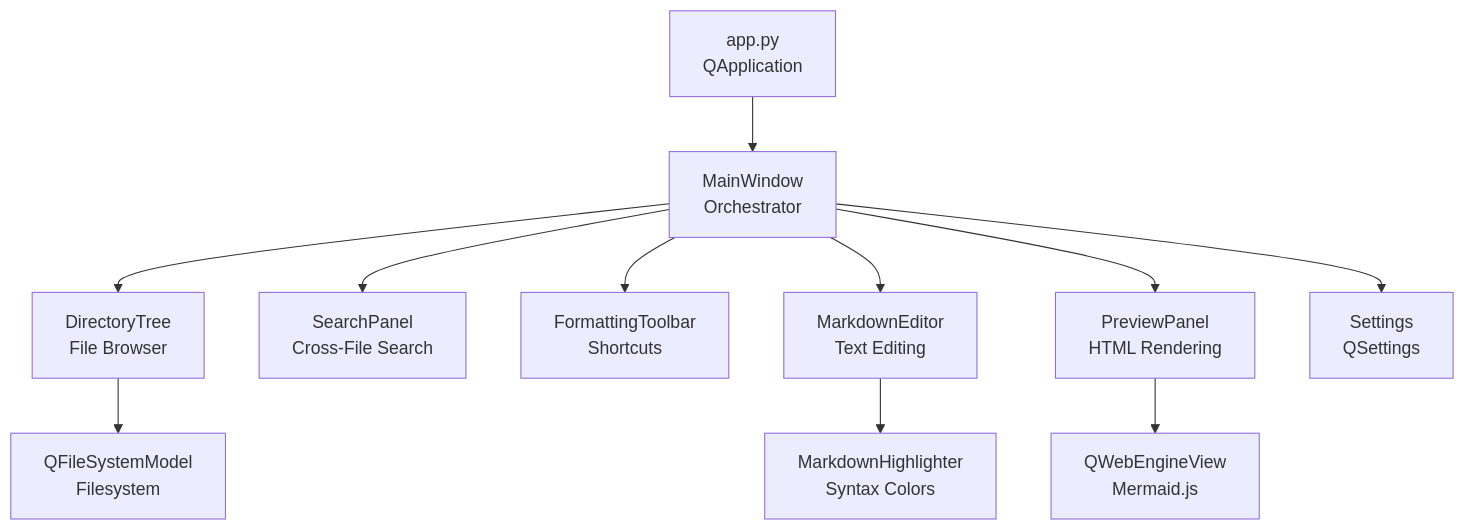
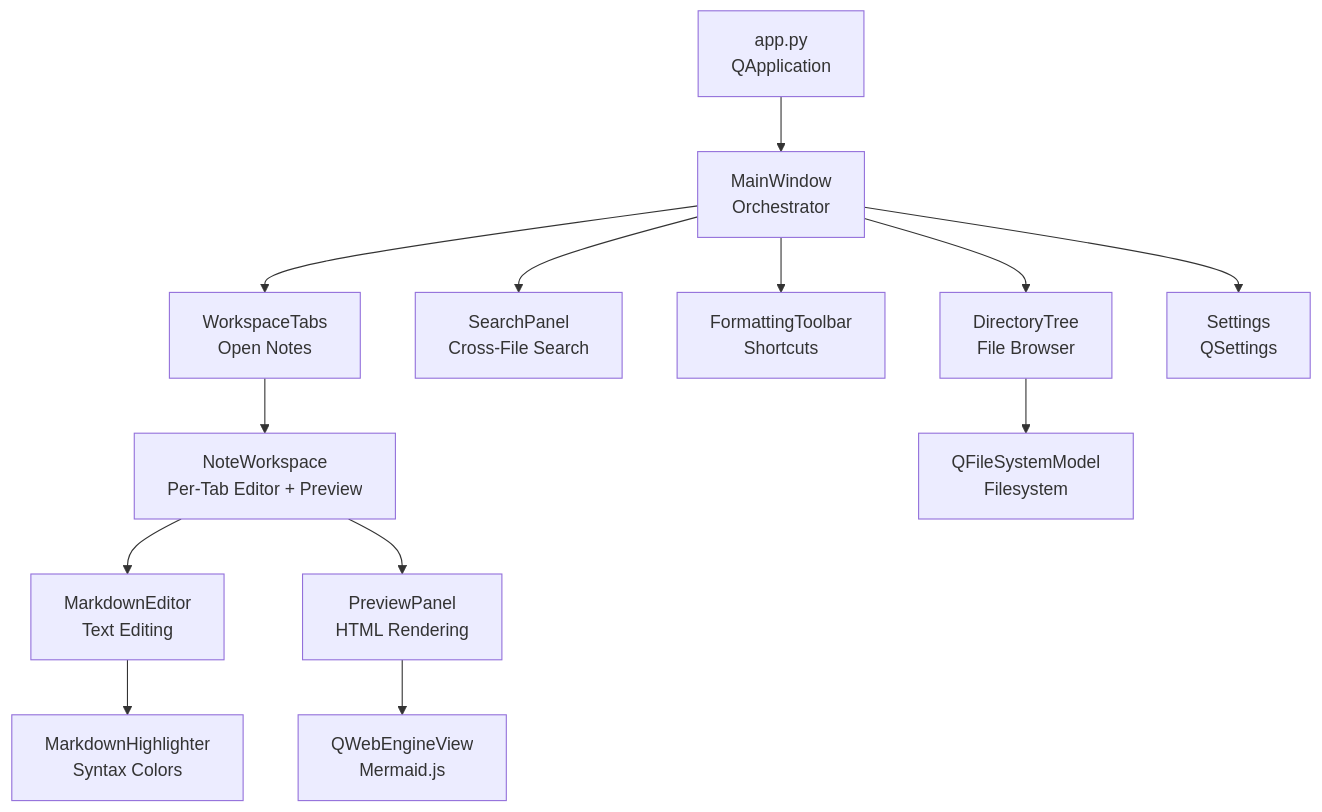
The first of 7 diagrams in ARCHITECTURE.md (nguyenl/drnotes), drawn with Mermaid before and after one commit. The commit also changed other lines of this file and 16 other files, not shown here.

Commit message:
Adds feature to open multiple files simultaneously. Files are opened with tabs.

````diff
--- a/ARCHITECTURE.md
+++ b/ARCHITECTURE.md
@@ -9,13 +13,15 @@
 ```mermaid
 graph TD
     App[app.py<br>QApplication] --> MW[MainWindow<br>Orchestrator]
     MW --> DT[DirectoryTree<br>File Browser]
     MW --> SP[SearchPanel<br>Cross-File Search]
     MW --> TB[FormattingToolbar<br>Shortcuts]
-    MW --> ED[MarkdownEditor<br>Text Editing]
-    MW --> PP[PreviewPanel<br>HTML Rendering]
+    MW --> WT[WorkspaceTabs<br>Open Notes]
+    WT --> NW[NoteWorkspace<br>Per-Tab Editor + Preview]
+    NW --> ED[MarkdownEditor<br>Text Editing]
+    NW --> PP[PreviewPanel<br>HTML Rendering]
     MW --> ST[Settings<br>QSettings]
     PP --> WE[QWebEngineView<br>Mermaid.js]
     ED --> SH[MarkdownHighlighter<br>Syntax Colors]
     DT --> FS[QFileSystemModel<br>Filesystem]
 ```
````
